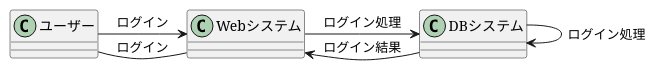
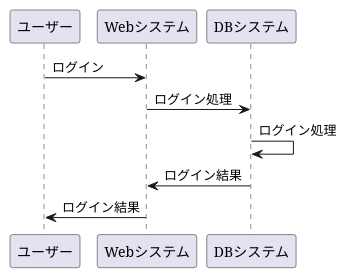
One commit to Aso2001221/20121sys-design changed the diagram in flow1.md. Above: the diagram before and after it, drawn with PlantUML.

````diff
--- a/flow1.md
+++ b/flow1.md
@@ -1,9 +1,9 @@
 ```uml
 @startuml
-ユーザー -> Webシステム :ログイン 
+ユーザー -> Webシステム :ログイン
 Webシステム -> DBシステム :ログイン処理
 DBシステム -> DBシステム :ログイン処理
 Webシステム <- DBシステム :ログイン結果
-ユーザー - Webシステム :ログイン
+ユーザー <- Webシステム :ログイン結果
 @enduml
 ```
````
